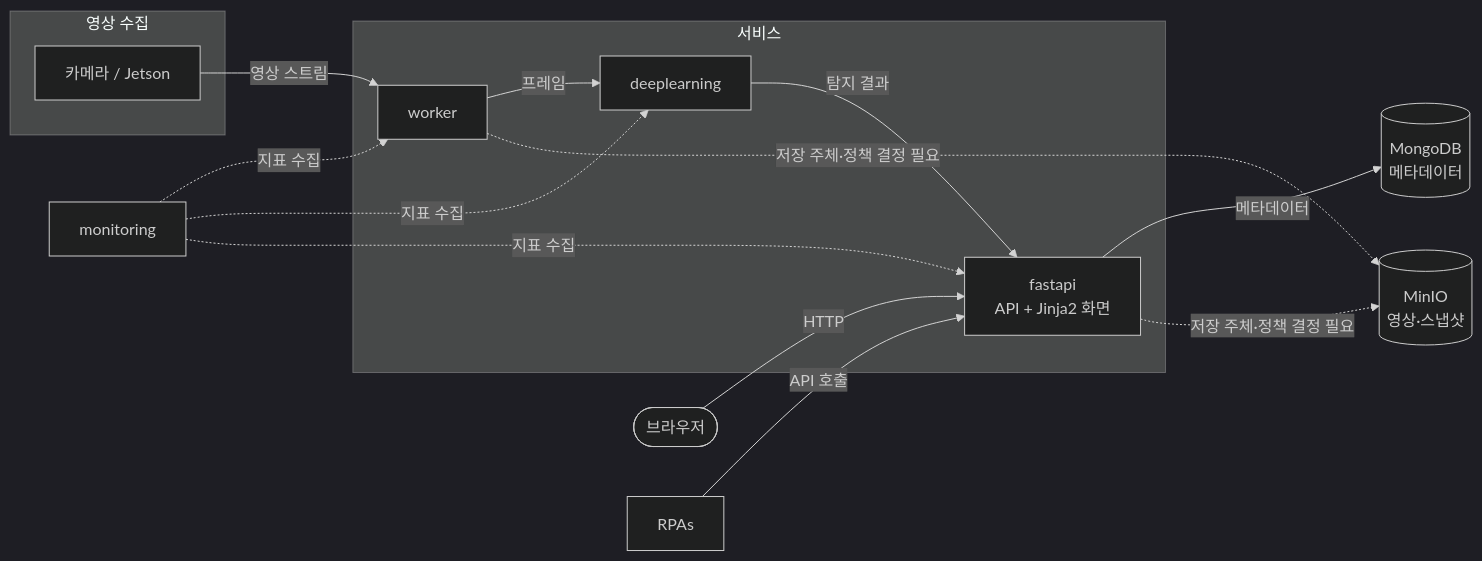
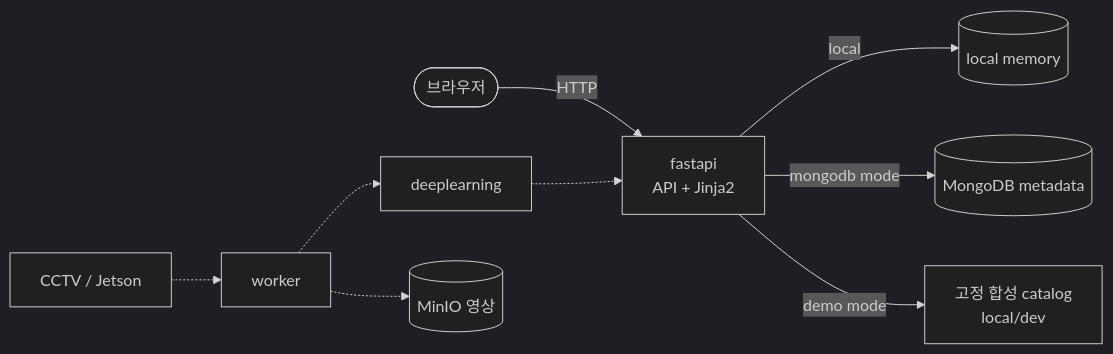
One commit to where-is-jo/classroom_monitoring changed the diagram in docs/architecture/overview.md. Above: the diagram before and after it, drawn with Mermaid (dark theme). The commit also changed other lines of this file and 8 other files, not shown here.

````diff
--- a/docs/architecture/overview.md
+++ b/docs/architecture/overview.md
@@ -26,31 +26,21 @@
 ```mermaid
 flowchart LR
-    subgraph edge[영상 수집]
-        CAM[카메라 / Jetson]
-    end
+    BROWSER(["브라우저"])
+    API["fastapi<br/>API + Jinja2"]
+    MEMORY[("local memory")]
+    STORE[("MongoDB metadata")]
+    DEMO["고정 합성 catalog<br/>local/dev"]
+    CAM["CCTV / Jetson"]
+    STREAM["worker"]
+    INFER["deeplearning"]
+    OBJ[("MinIO 영상")]
 
-    subgraph core[서비스]
-        STREAM[worker]
-        INFER[deeplearning]
-        API[fastapi<br/>API + Jinja2 화면]
-    end
-
-    BROWSER([브라우저])
-
-    STORE[(MongoDB<br/>메타데이터)]
-    OBJ[(MinIO<br/>영상·스냅샷)]
-    MON[monitoring]
-    RPA[RPAs]
-
-    CAM -->|영상 스트림| STREAM
-    STREAM -->|프레임| INFER
-    INFER -->|탐지 결과| API
-    API -->|메타데이터| STORE
-    API -.->|저장 주체·정책 결정 필요| OBJ
-    STREAM -.->|저장 주체·정책 결정 필요| OBJ
-    BROWSER -->|HTTP| API
-    RPA -->|API 호출| API
-    MON -.->|지표 수집| STREAM
-    MON -.->|지표 수집| INFER
-    MON -.->|지표 수집| API
+    BROWSER -->|"HTTP"| API
+    API -->|"local"| MEMORY
+    API -->|"mongodb mode"| STORE
+    API -->|"demo mode"| DEMO
+    CAM -.-> STREAM
+    STREAM -.-> INFER
+    INFER -.-> API
+    STREAM -.-> OBJ
 ```
````
